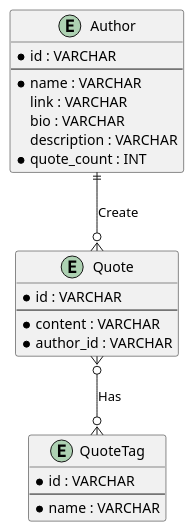
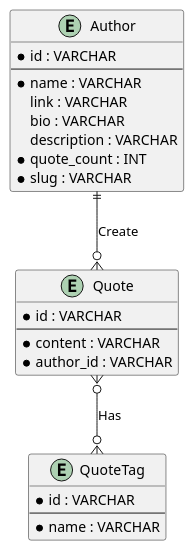
One commit to madjiebimaa/instawd changed the diagram in server/doc/doc.puml. Above: the diagram before and after it, drawn with PlantUML. The commit also changed 12 other files, not shown here.

```diff
--- a/server/doc/doc.puml
+++ b/server/doc/doc.puml
@@ -1,29 +1,30 @@
 @startuml
 
 entity Author {
     *id : VARCHAR
     --
     *name : VARCHAR
     link : VARCHAR
     bio : VARCHAR
     description : VARCHAR
     *quote_count : INT
+    *slug : VARCHAR
 }
 
 entity Quote {
     *id : VARCHAR
     --
     *content : VARCHAR
     *author_id : VARCHAR
 }
 
 entity QuoteTag {
     *id : VARCHAR
     --
     *name : VARCHAR
 }
 
 Author ||--o{ Quote : Create
 Quote }o--o{ QuoteTag : Has
 
 @enduml
```
